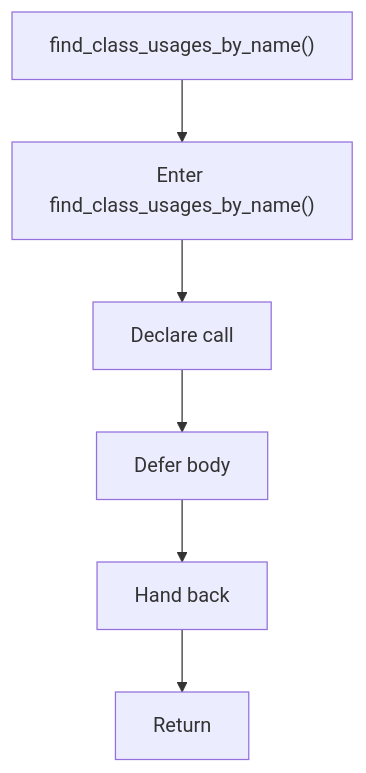
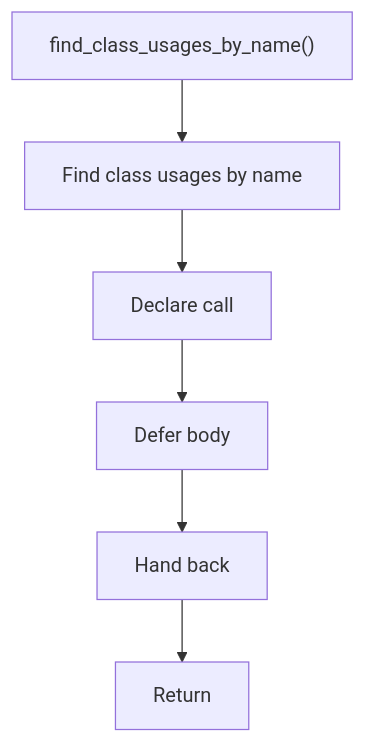
The diagram in docs/Codebase/Microservice/Modules/Header/SyntacticBrokenAST/Analysis/ImplementationUse/Binding/Symbols/Flow/functions/find_class_usages_by_name.hpp.md (JohnAndrewBalbarosa/NeoTerritory), drawn with Mermaid before and after one commit. The commit also changed other lines of this file and 915 other files, not shown here.

````diff
--- a/docs/Codebase/Microservice/Modules/Header/SyntacticBrokenAST/Analysis/ImplementationUse/Binding/Symbols/Flow/functions/find_class_usages_by_name.hpp.md
+++ b/docs/Codebase/Microservice/Modules/Header/SyntacticBrokenAST/Analysis/ImplementationUse/Binding/Symbols/Flow/functions/find_class_usages_by_name.hpp.md
@@ -16,14 +16,14 @@
 ```mermaid
 flowchart TD
     Start["find_class_usages_by_name()"]
-    N0["Enter find_class_usages_by_name()"]
+    N0["Find class usages by name"]
     N1["Declare call"]
     N2["Defer body"]
     N3["Hand back"]
     End["Return"]
     Start --> N0
     N0 --> N1
     N1 --> N2
     N2 --> N3
     N3 --> End
 ```
````
